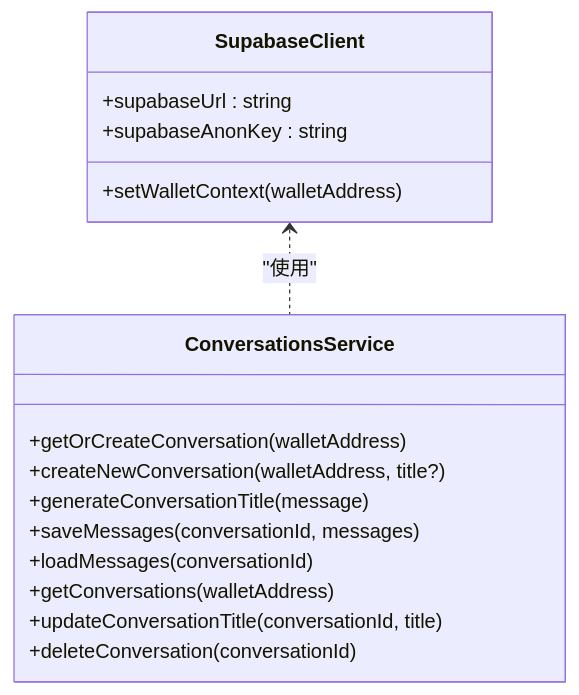
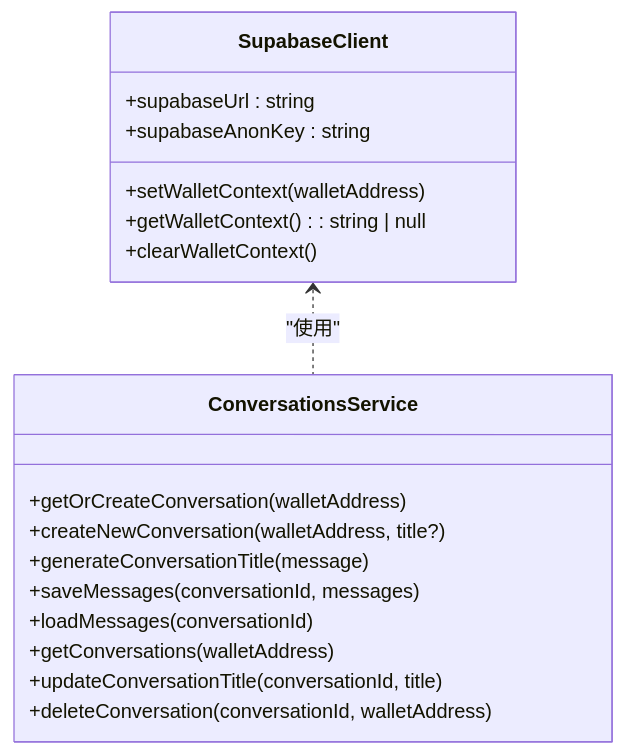
The seventh of 8 diagrams in .qoder/repowiki/zh/content/快速开始/钱包登录配置指南.md (CryptoLinxu/Web3-AI-Agent), drawn with Mermaid before and after one commit. The commit also changed other lines of this file and 3 other files, not shown here.

````diff
--- a/.qoder/repowiki/zh/content/快速开始/钱包登录配置指南.md
+++ b/.qoder/repowiki/zh/content/快速开始/钱包登录配置指南.md
@@ -254,19 +285,21 @@
 ```mermaid
 classDiagram
 class SupabaseClient {
 +supabaseUrl : string
 +supabaseAnonKey : string
 +setWalletContext(walletAddress)
++getWalletContext() : string | null
++clearWalletContext()
 }
 class ConversationsService {
 +getOrCreateConversation(walletAddress)
 +createNewConversation(walletAddress, title?)
 +generateConversationTitle(message)
 +saveMessages(conversationId, messages)
 +loadMessages(conversationId)
 +getConversations(walletAddress)
 +updateConversationTitle(conversationId, title)
-+deleteConversation(conversationId)
++deleteConversation(conversationId, walletAddress)
 }
 SupabaseClient <.. ConversationsService : "使用"
 ```
````
